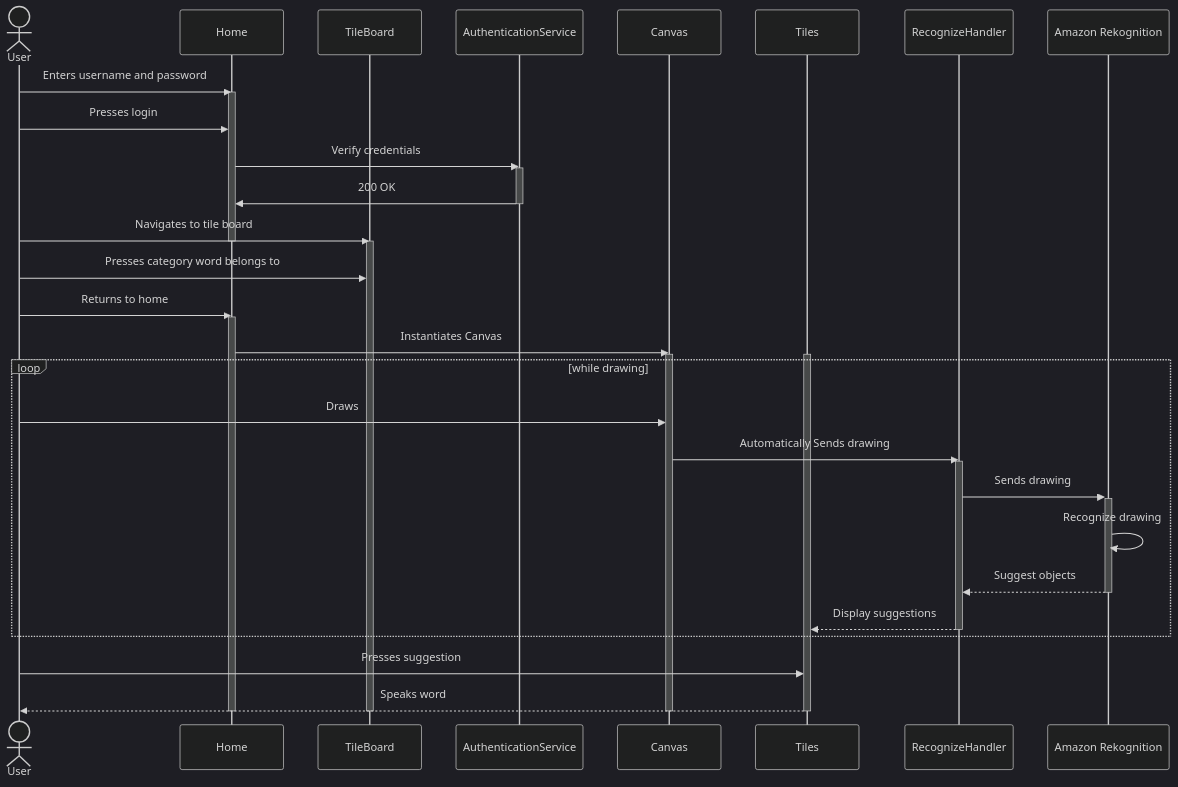
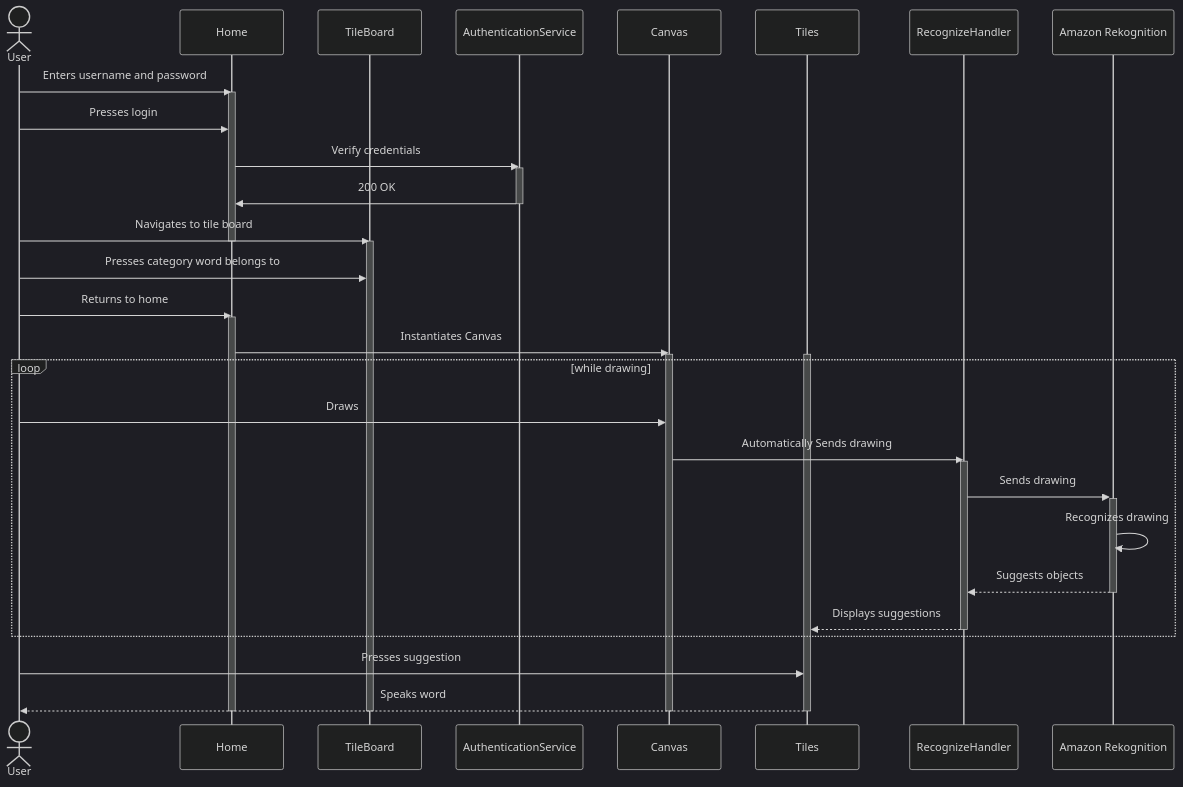
One commit to Capstone-Projects-2023-Fall/project-smartspeech changed the fifth of 9 diagrams in documentation/docs/system-architecture/SequenceDiagrams.md. Above: the diagram before and after it, drawn with Mermaid (dark theme). The commit also changed other lines of this file, not shown here.

````diff
--- a/documentation/docs/system-architecture/SequenceDiagrams.md
+++ b/documentation/docs/system-architecture/SequenceDiagrams.md
@@ -212,54 +212,54 @@
 ```mermaid
 sequenceDiagram
     actor U as User
     participant H as Home
     participant TB as TileBoard
     participant A as AuthenticationService
     participant C as Canvas
     participant T as Tiles
     participant RH as RecognizeHandler
     participant AR as Amazon Rekognition
 
     U->>H: Enters username and password
     activate H
 
     U->>H: Presses login
     H->>A: Verify credentials
     activate A
     A->>H: 200 OK
     deactivate A
     U->>TB: Navigates to tile board
     deactivate H
     activate TB
     
     U->>TB: Presses category word belongs to
 
     U->>H: Returns to home
     activate H
 
     H->>C: Instantiates Canvas
 
     activate C
     activate T
     
     loop while drawing
         U->>C: Draws
         C->>RH: Automatically Sends drawing
         activate RH
         RH->>+AR: Sends drawing
-        AR->>AR: Recognize drawing
-        AR-->>-RH: Suggest objects
-        RH-->>T: Display suggestions
+        AR->>AR: Recognizes drawing
+        AR-->>-RH: Suggests objects
+        RH-->>T: Displays suggestions
         deactivate RH
     end
     
     U->>T: Presses suggestion
     T-->>U: Speaks word
 
     deactivate C
     deactivate T
 
     deactivate H
 
     deactivate TB
 ```
````
